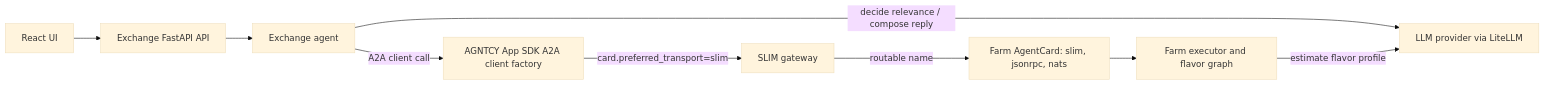
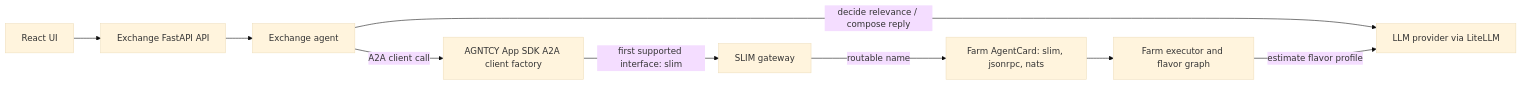
One commit to agntcy/coffeeAgntcy changed the diagram in coffeeAGNTCY/coffee_agents/corto/README.md. Above: the diagram before and after it, drawn with Mermaid (base theme). The commit also changed other lines of this file and 29 other files, not shown here.

First line of the commit message:
feat(corto): upgrade Corto to SLIM 2.2, A2A 1.1 and App SDK 0.6.0 (includes the Lungo SLIM 2.2 upgrade) (#847)

````diff
--- a/coffeeAGNTCY/coffee_agents/corto/README.md
+++ b/coffeeAGNTCY/coffee_agents/corto/README.md
@@ -41,20 +41,20 @@
 ```mermaid
 flowchart LR
     UI[React UI]
     API[Exchange FastAPI API]
     EX[Exchange agent]
     SDK[AGNTCY App SDK A2A client factory]
     SLIM[SLIM gateway]
     FARM_CARD[Farm AgentCard: slim, jsonrpc, nats]
     FARM[Farm executor and flavor graph]
     LLM[LLM provider via LiteLLM]
 
     UI --> API
     API --> EX
     EX -->|A2A client call| SDK
-    SDK -->|card.preferred_transport=slim| SLIM
+    SDK -->|first supported interface: slim| SLIM
     SLIM -->|routable name| FARM_CARD
     FARM_CARD --> FARM
     EX -->|decide relevance / compose reply| LLM
     FARM -->|estimate flavor profile| LLM
 ```
````
